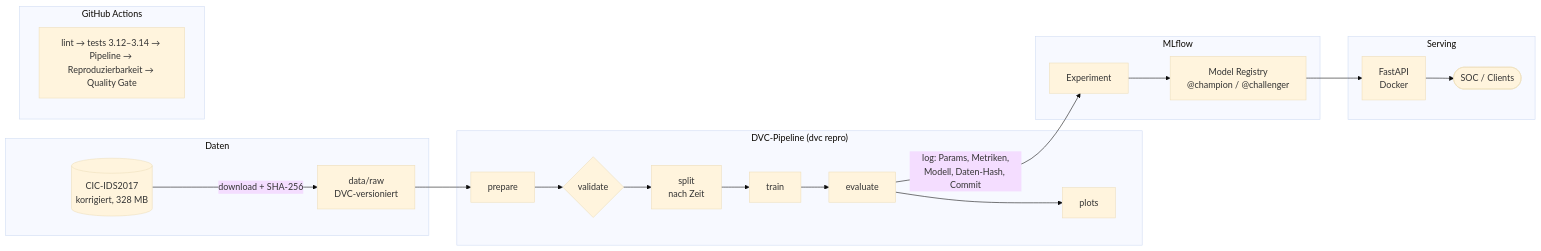
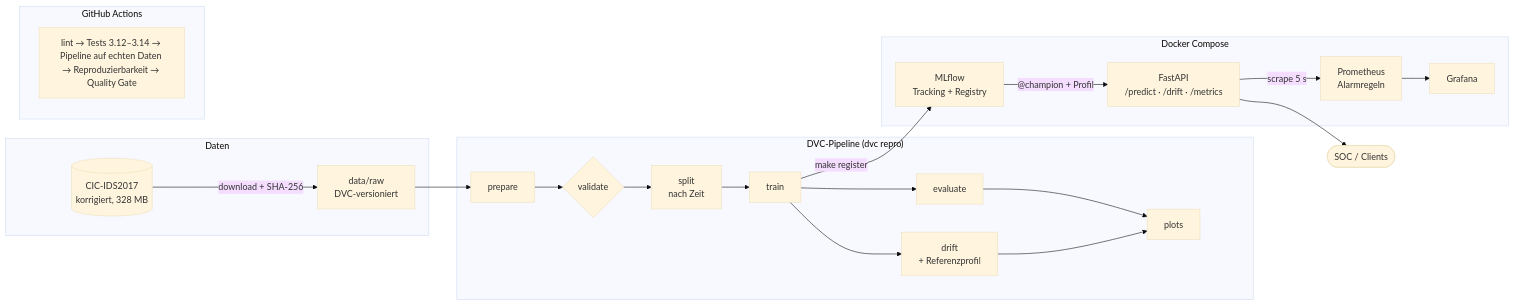
One commit to Maik-Huebner/intrusion-detection-mlops changed the second of 2 diagrams in README.md. Above: the diagram before and after it, drawn with Mermaid (base theme). The commit also changed other lines of this file and 2 other files, not shown here.

First line of the commit message:
README: monitoring, drift story, live demo and lessons learned; demo script

````diff
--- a/README.md
+++ b/README.md
@@ -58,20 +184,21 @@
 ```mermaid
 flowchart LR
     subgraph Daten
         SRC[(CIC-IDS2017<br/>korrigiert, 328 MB)] -->|download + SHA-256| RAW[data/raw<br/>DVC-versioniert]
     end
     subgraph "DVC-Pipeline (dvc repro)"
-        RAW --> P[prepare] --> V{validate} --> S[split<br/>nach Zeit] --> T[train] --> E[evaluate] --> PL[plots]
+        RAW --> P[prepare] --> V{validate} --> S[split<br/>nach Zeit] --> T[train] --> E[evaluate]
+        T --> DR[drift<br/>+ Referenzprofil]
+        E --> PL[plots]
+        DR --> PL
     end
-    subgraph "MLflow"
-        E -->|log: Params, Metriken,<br/>Modell, Daten-Hash, Commit| RUN[Experiment]
-        RUN --> REG[Model Registry<br/>@champion / @challenger]
+    subgraph "Docker Compose"
+        REG[MLflow<br/>Tracking + Registry] -->|"@champion + Profil"| API[FastAPI<br/>/predict · /drift · /metrics]
+        API -->|scrape 5 s| PR[Prometheus<br/>Alarmregeln] --> GR[Grafana]
     end
-    subgraph Serving
-        REG --> API[FastAPI<br/>Docker]
-        API --> U([SOC / Clients])
-    end
+    T -->|"make register"| REG
+    API --> U([SOC / Clients])
     subgraph "GitHub Actions"
-        CI[lint → tests 3.12–3.14 → Pipeline → Reproduzierbarkeit → Quality Gate]
+        CI[lint → Tests 3.12–3.14 → Pipeline auf echten Daten → Reproduzierbarkeit → Quality Gate]
     end
 ```
````
